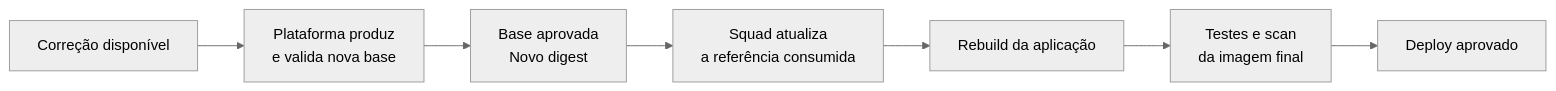
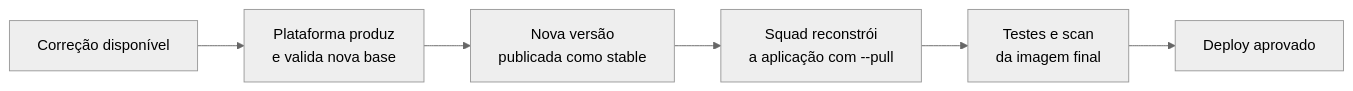
Before and after one commit to alric-corp/alric-containers-image-base: the third of 4 diagrams in consumer-guide.md, drawn with Mermaid (neutral theme). The commit also changed other lines of this file, not shown here.

````diff
--- a/consumer-guide.md
+++ b/consumer-guide.md
@@ -485,9 +492,8 @@
 ```mermaid
 flowchart LR
     FIX["Correção disponível"] --> BASE["Plataforma produz<br/>e valida nova base"]
-    BASE --> REL["Base aprovada<br/>Novo digest"]
-    REL --> ADOPT["Squad atualiza<br/>a referência consumida"]
-    ADOPT --> BUILD["Rebuild da aplicação"]
+    BASE --> REL["Nova versão<br/>publicada como stable"]
+    REL --> BUILD["Squad reconstrói<br/>a aplicação com --pull"]
     BUILD --> TEST["Testes e scan<br/>da imagem final"]
     TEST --> DEPLOY["Deploy aprovado"]
 ```
````
